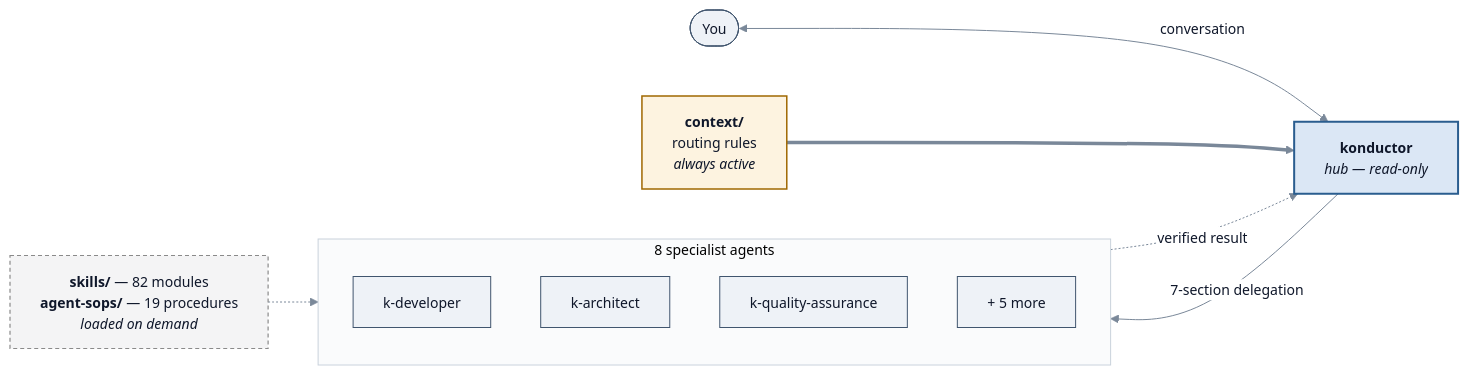
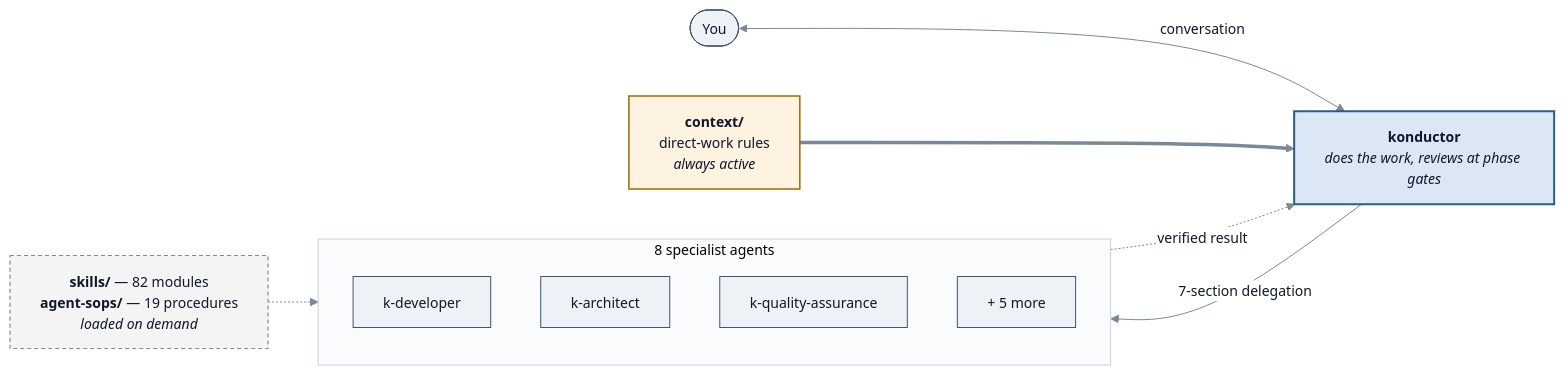
One commit to aws-solutions/konductor changed the diagram in docs/user-guide/concepts.md. Above: the diagram before and after it, drawn with Mermaid. The commit also changed other lines of this file and 58 other files, not shown here.

````diff
--- a/docs/user-guide/concepts.md
+++ b/docs/user-guide/concepts.md
@@ -219,25 +230,25 @@
 ```mermaid
 %%{init:{'theme':'base','themeVariables':{'fontSize':'14px','primaryColor':'#eef2f7','primaryTextColor':'#0f172a','primaryBorderColor':'#40556e','lineColor':'#7a8899','textColor':'#0f172a','edgeLabelBackground':'#ffffff','clusterBkg':'#fafbfc','clusterBorder':'#c9d2dc'}}}%%
 flowchart LR
     User(["You"])
-    Ctx["<b>context/</b><br/>routing rules<br/><i>always active</i>"]:::gate
-    Orch["<b>konductor</b><br/><i>hub — read-only</i>"]:::focus
+    Ctx["<b>context/</b><br/>direct-work rules<br/><i>always active</i>"]:::gate
+    Orch["<b>konductor</b><br/><i>does the work, reviews at phase gates</i>"]:::focus
     Store["<b>skills/</b> — 82 modules<br/><b>agent-sops/</b> — 19 procedures<br/><i>loaded on demand</i>"]:::muted
 
     subgraph Specialists["8 specialist agents"]
         Dev["k-developer"]
         Arch["k-architect"]
         QA["k-quality-assurance"]
         Other["+ 5 more"]
     end
 
     User <-->|"conversation"| Orch
     Ctx ==> Orch
     Orch -->|"7-section delegation"| Specialists
     Specialists -.->|"verified result"| Orch
     Store -.-> Specialists
 
     classDef focus fill:#dbe7f5,stroke:#2a5d8f,stroke-width:2px,color:#0f172a;
     classDef gate fill:#fdf3e0,stroke:#a06800,stroke-width:1.5px,color:#0f172a;
     classDef muted fill:#f4f4f5,stroke:#8a8a8a,stroke-width:1.2px,color:#0f172a,stroke-dasharray:4 3;
 ```
````
